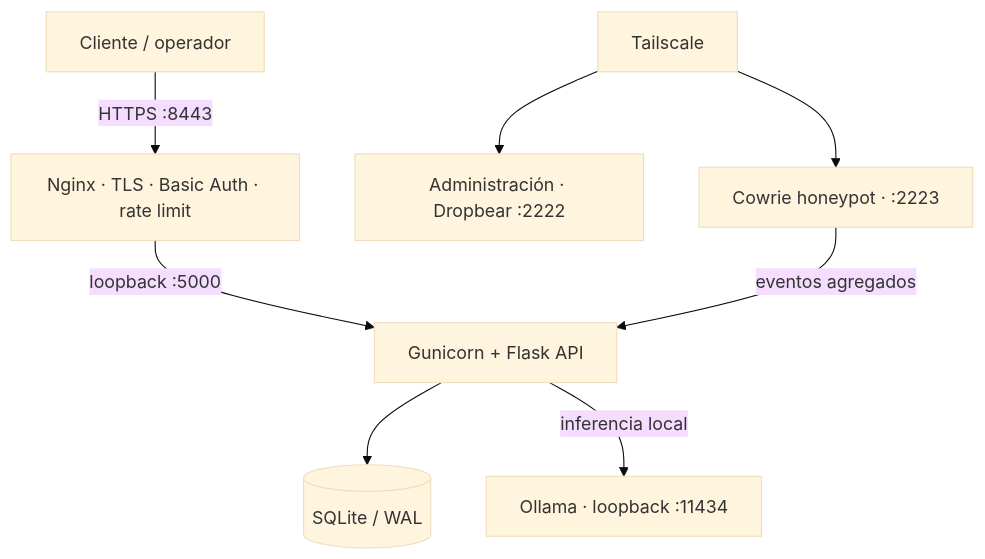
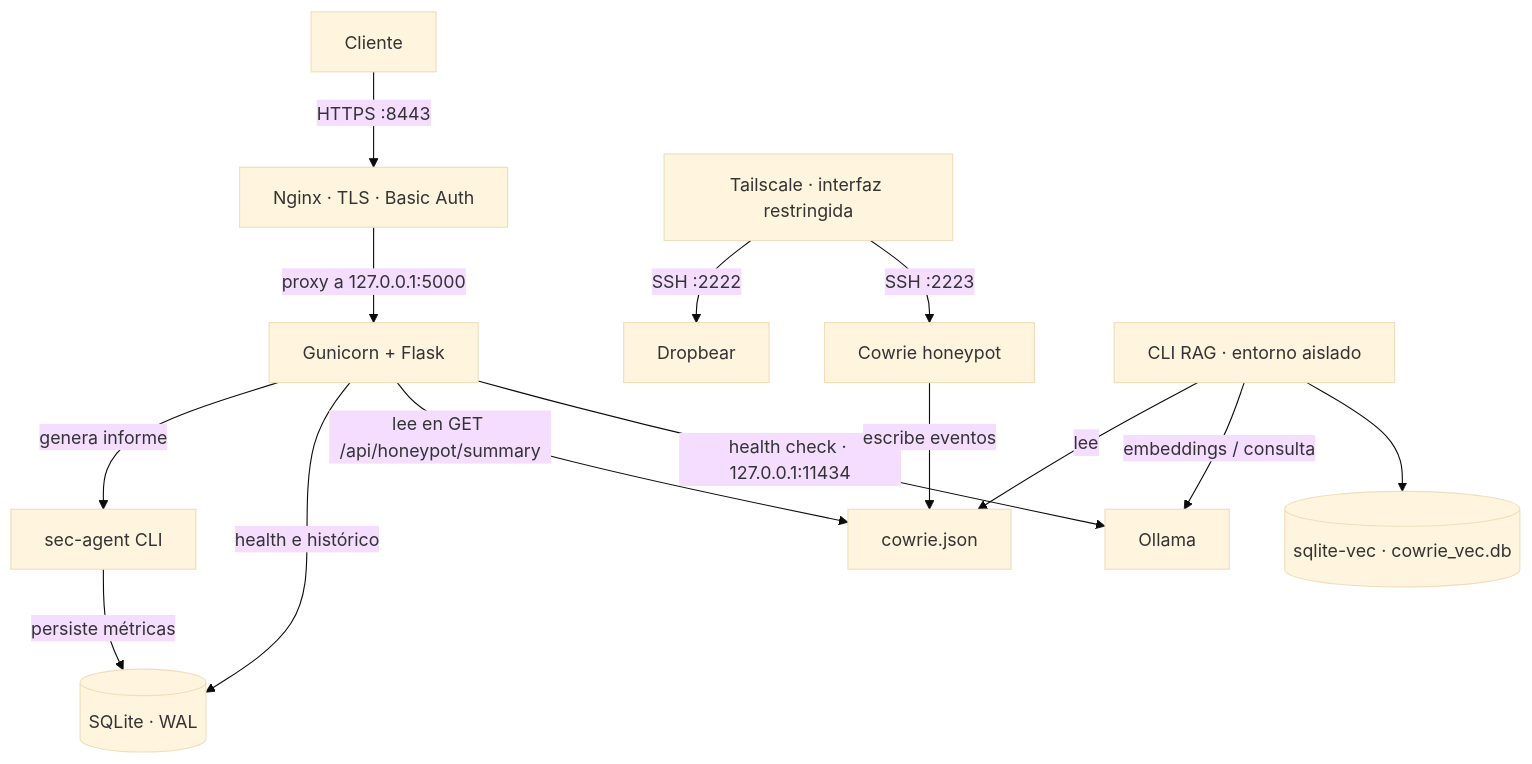
Before and after one commit to jqime/jqime: the diagram in README.md, drawn with Mermaid (base theme). The commit also changed other lines of this file, not shown here.

Commit message:
Verify Edge Agent architecture in profile README

````diff
--- a/README.md
+++ b/README.md
@@ -57,10 +39,16 @@
 ```mermaid
 flowchart TB
-    client["Cliente / operador"] -->|"HTTPS :8443"| proxy["Nginx · TLS · Basic Auth · rate limit"]
-    proxy -->|"loopback :5000"| api["Gunicorn + Flask API"]
-    api --> db[("SQLite / WAL")]
-    api -->|"inferencia local"| ollama["Ollama · loopback :11434"]
-    tailnet["Tailscale"] --> admin["Administración · Dropbear :2222"]
-    tailnet --> cowrie["Cowrie honeypot · :2223"]
-    cowrie -->|"eventos agregados"| api
+    client["Cliente"] -->|"HTTPS :8443"| nginx["Nginx · TLS · Basic Auth"]
+    nginx -->|"proxy a 127.0.0.1:5000"| api["Gunicorn + Flask"]
+    api -->|"genera informe"| agent["sec-agent CLI"]
+    api -->|"health e histórico"| db[("SQLite · WAL")]
+    api -->|"lee en GET /api/honeypot/summary"| log["cowrie.json"]
+    agent -->|"persiste métricas"| db
+    api -->|"health check · 127.0.0.1:11434"| ollama["Ollama"]
+    tailnet["Tailscale · interfaz restringida"] -->|"SSH :2222"| dropbear["Dropbear"]
+    tailnet -->|"SSH :2223"| cowrie["Cowrie honeypot"]
+    cowrie -->|"escribe eventos"| log
+    rag["CLI RAG · entorno aislado"] -->|"lee"| log
+    rag -->|"embeddings / consulta"| ollama
+    rag --> vectors[("sqlite-vec · cowrie_vec.db")]
 ```
````
